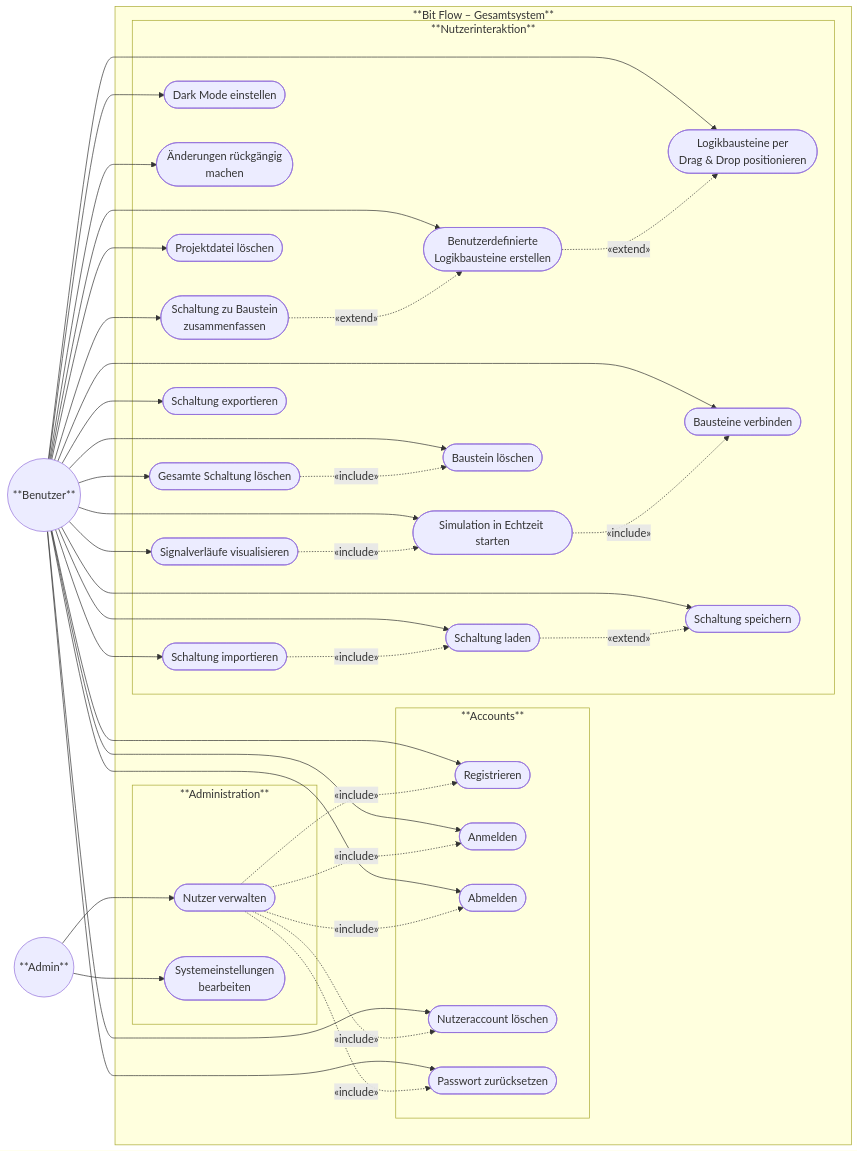
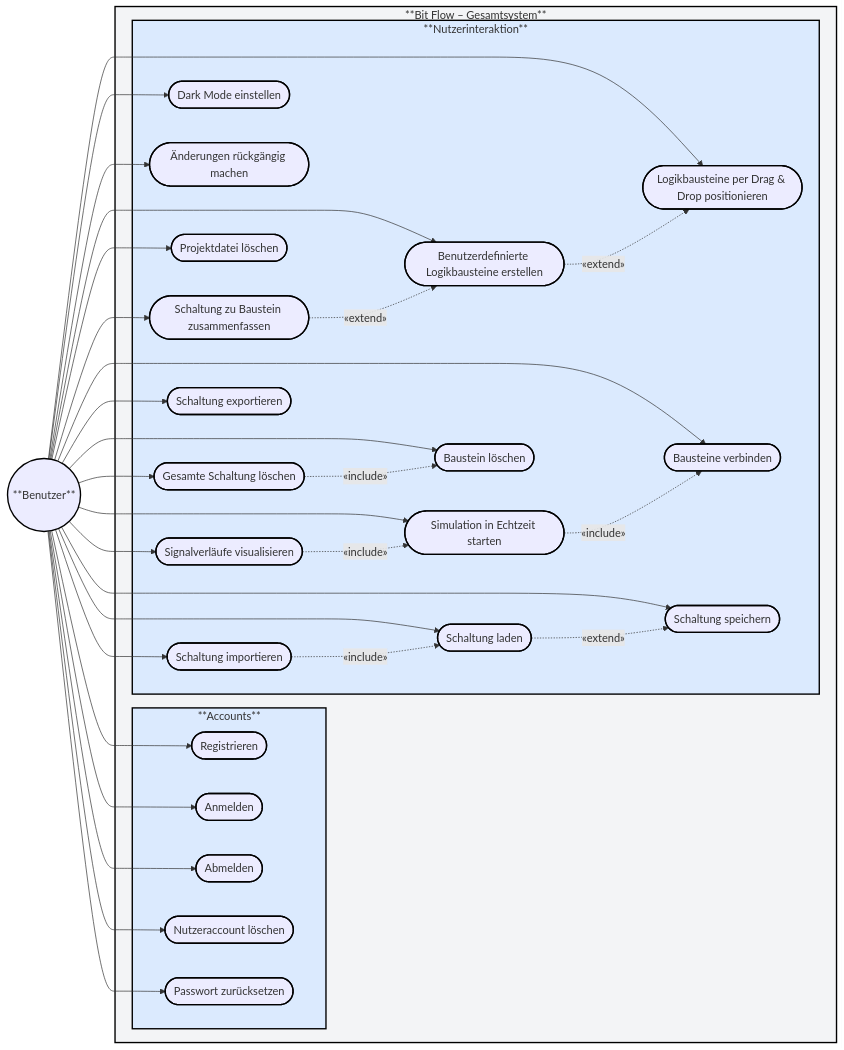
The first of 23 diagrams in docs/use_cases/software_requirements_specification.md (SimonJ2222/BitFlow), drawn with Mermaid before and after one commit.

Commit message:
Update software_requirements_specification.md admin aus use-case diagramm entfernt

````diff
--- a/docs/use_cases/software_requirements_specification.md
+++ b/docs/use_cases/software_requirements_specification.md
@@ -100,10 +100,9 @@
 ```mermaid
-%%{init: {"flowchart": {"htmlLabels": true}}}%%
+%%{init: {"theme": "default", "flowchart": {"htmlLabels": true}}}%%
 graph LR
 
-%% --- Akteure ---
+%% --- Akteur ---
 Benutzer(("**Benutzer**"))
-Admin(("**Admin**"))
 
 %% --- Systemgrenze ---
 subgraph BitFlow["**Bit Flow – Gesamtsystem**"]
@@ -117,40 +116,34 @@
         UC14([Passwort zurücksetzen])
     end
 
-    %% --- Subsystem: Administration ---
-    subgraph Administration["**Administration**"]
-        UC11([Nutzer verwalten])
-        UC12([Systemeinstellungen <br> bearbeiten])
-    end
-
-    %% --- Subsystem: User Interaction ---
+    %% --- Subsystem: Nutzerinteraktion ---
     subgraph UserInteraction["**Nutzerinteraktion**"]
-        UC4([Logikbausteine per <br> Drag & Drop positionieren])
+        UC4([Logikbausteine per Drag & Drop positionieren])
         UC5([Bausteine verbinden])
         UC6([Simulation in Echtzeit starten])
-        UC7([Benutzerdefinierte <br> Logikbausteine erstellen])
+        UC7([Benutzerdefinierte Logikbausteine erstellen])
         UC8([Schaltung speichern])
         UC9([Schaltung laden])
         UC10([Signalverläufe visualisieren])
         UC15([Dark Mode einstellen])
-        UC16([Änderungen rückgängig <br> machen])
+        UC16([Änderungen rückgängig machen])
         UC17([Baustein löschen])
         UC18([Gesamte Schaltung löschen])
         UC19([Projektdatei löschen])
         UC20([Schaltung importieren])
-        UC21([Schaltung zu Baustein <br> zusammenfassen])
+        UC21([Schaltung zu Baustein zusammenfassen])
         UC22([Schaltung exportieren])
     end
 end
 
-%% --- Beziehungen Benutzer (direkt zu allen Accounts) ---
+%% --- Beziehungen Benutzer (Accounts) ---
 Benutzer --> UC1
 Benutzer --> UC2
 Benutzer --> UC3
 Benutzer --> UC13
 Benutzer --> UC14
 
-%% --- Weitere Benutzerbeziehungen ---
+%% --- Beziehungen Benutzer (Nutzerinteraktion) ---
 Benutzer --> UC4
 Benutzer --> UC5
 Benutzer --> UC6
@@ -167,18 +160,7 @@
 Benutzer --> UC21
 Benutzer --> UC22
 
-%% --- Administrator nur über Nutzer verwalten / Administration ---
-Admin --> UC11
-Admin --> UC12
-
-%% --- Include: Admin erreicht alle Accounts über UC11 ---
-UC11 -.->|«include»| UC1
-UC11 -.->|«include»| UC2
-UC11 -.->|«include»| UC3
-UC11 -.->|«include»| UC13
-UC11 -.->|«include»| UC14
-
-%% --- Weitere Beziehungen zwischen Use Cases ---
+%% --- Beziehungen zwischen Use Cases ---
 UC6 -.->|«include»| UC5
 UC7 -.->|«extend»| UC4
 UC10 -.->|«include»| UC6
@@ -187,4 +169,34 @@
 UC21 -.->|«extend»| UC7
 UC20 -.->|«include»| UC9
 
+%% --- Farben und Rahmen ---
+style BitFlow fill:#f3f4f6,stroke:#000000,stroke-width:2px
+style Accounts fill:#dbeafe,stroke:#000000,stroke-width:2px
+style UserInteraction fill:#dbeafe,stroke:#000000,stroke-width:2px
+
+%% --- Akteur schwarz umranden ---
+style Benutzer stroke:#000000,stroke-width:2px
+
+%% --- Use Case Bausteine schwarz umranden ---
+style UC1 stroke:#000000,stroke-width:2px
+style UC2 stroke:#000000,stroke-width:2px
+style UC3 stroke:#000000,stroke-width:2px
+style UC4 stroke:#000000,stroke-width:2px
+style UC5 stroke:#000000,stroke-width:2px
+style UC6 stroke:#000000,stroke-width:2px
+style UC7 stroke:#000000,stroke-width:2px
+style UC8 stroke:#000000,stroke-width:2px
+style UC9 stroke:#000000,stroke-width:2px
+style UC10 stroke:#000000,stroke-width:2px
+style UC13 stroke:#000000,stroke-width:2px
+style UC14 stroke:#000000,stroke-width:2px
+style UC15 stroke:#000000,stroke-width:2px
+style UC16 stroke:#000000,stroke-width:2px
+style UC17 stroke:#000000,stroke-width:2px
+style UC18 stroke:#000000,stroke-width:2px
+style UC19 stroke:#000000,stroke-width:2px
+style UC20 stroke:#000000,stroke-width:2px
+style UC21 stroke:#000000,stroke-width:2px
+style UC22 stroke:#000000,stroke-width:2px
+
 ```
````
